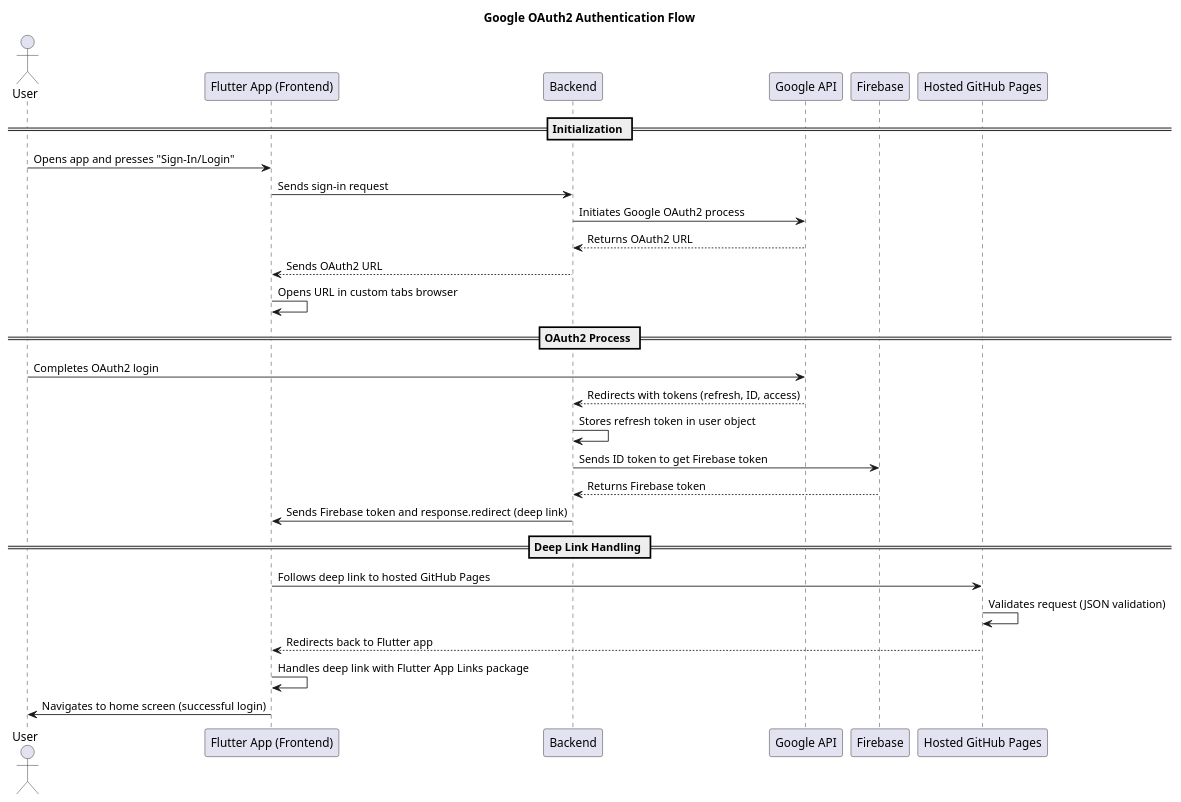
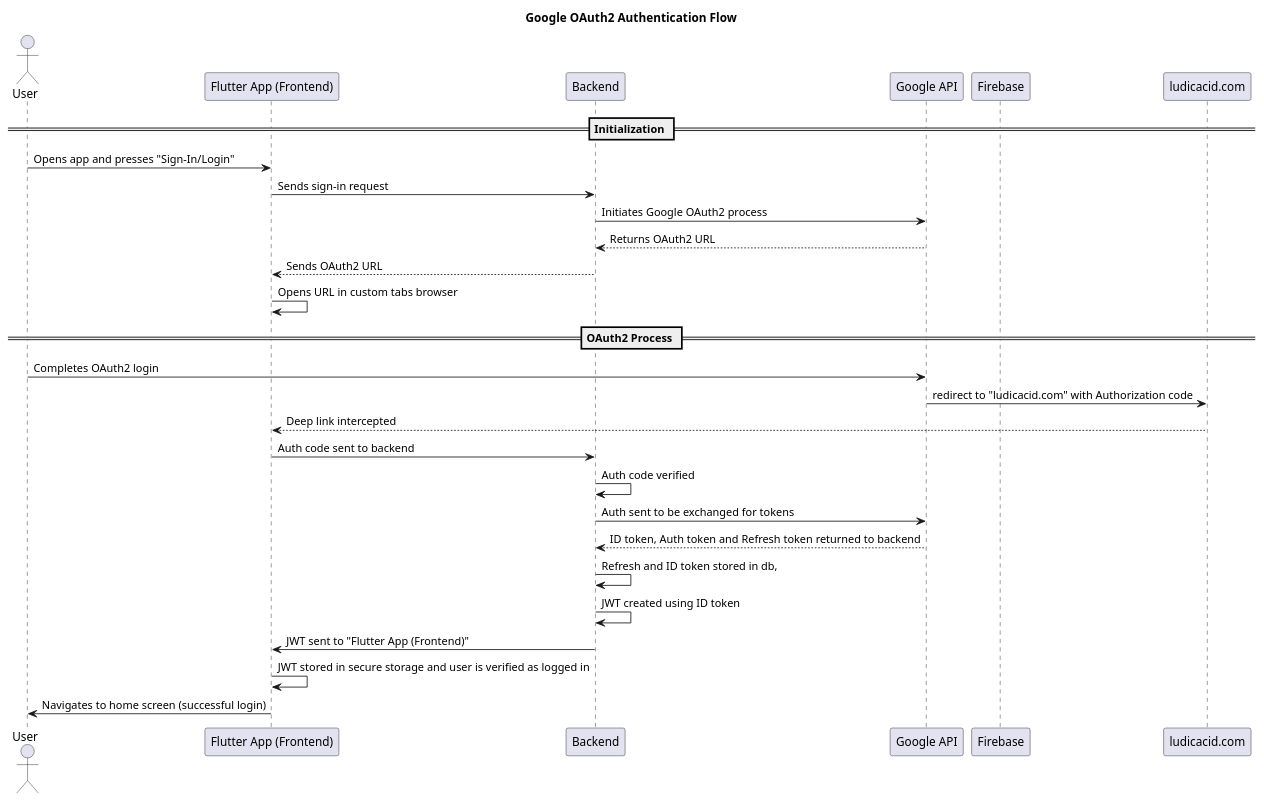
The diagram in AssortedPlans/auth.puml (notetakingforeggs/EventsPlatform), drawn with PlantUML before and after one commit. The commit also changed 1 other file, not shown here.

Commit message:
Documentation: Updated AUTH puml

```diff
--- a/AssortedPlans/auth.puml
+++ b/AssortedPlans/auth.puml
@@ -1,37 +1,39 @@
 @startuml
 title Google OAuth2 Authentication Flow
 
 'TODO add extra steps in token exchange/verification. remove firebase (or add in app), remove appLinks and gh pages, '
 'TODO add steps following successful login (jwt creation, passing and storing in FE). implement secuirty filter chains.
 
 actor User
 participant "Flutter App (Frontend)" as FlutterApp
 participant "Backend" as Backend
 participant "Google API" as GoogleAPI
 participant "Firebase" as Firebase
-participant "Hosted GitHub Pages" as GitHubPages
+participant "ludicacid.com" as ludicacid.com
 
 == Initialization ==
 User -> FlutterApp: Opens app and presses "Sign-In/Login"
 FlutterApp -> Backend: Sends sign-in request
 Backend -> GoogleAPI: Initiates Google OAuth2 process
 GoogleAPI --> Backend: Returns OAuth2 URL
 Backend --> FlutterApp: Sends OAuth2 URL
 FlutterApp -> FlutterApp: Opens URL in custom tabs browser
 
+
 == OAuth2 Process ==
+
 User -> GoogleAPI: Completes OAuth2 login
-GoogleAPI --> Backend: Redirects with tokens (refresh, ID, access)
-Backend -> Backend: Stores refresh token in user object
-Backend -> Firebase: Sends ID token to get Firebase token
-Firebase --> Backend: Returns Firebase token
-Backend -> FlutterApp: Sends Firebase token and response.redirect (deep link)
+GoogleAPI -> ludicacid.com: redirect to "ludicacid.com" with Authorization code
+ludicacid.com --> FlutterApp: Deep link intercepted
+FlutterApp -> Backend: Auth code sent to backend
+Backend -> Backend: Auth code verified
+Backend -> GoogleAPI: Auth sent to be exchanged for tokens
+GoogleAPI --> Backend: ID token, Auth token and Refresh token returned to backend
+Backend -> Backend: Refresh and ID token stored in db,
 
-== Deep Link Handling ==
-FlutterApp -> GitHubPages: Follows deep link to hosted GitHub Pages
-GitHubPages -> GitHubPages: Validates request (JSON validation)
-GitHubPages --> FlutterApp: Redirects back to Flutter app
-FlutterApp -> FlutterApp: Handles deep link with Flutter App Links package
+Backend -> Backend: JWT created using ID token
+Backend -> FlutterApp: JWT sent to "Flutter App (Frontend)"
+FlutterApp -> FlutterApp: JWT stored in secure storage and user is verified as logged in
 FlutterApp -> User: Navigates to home screen (successful login)
 
 @enduml
```
